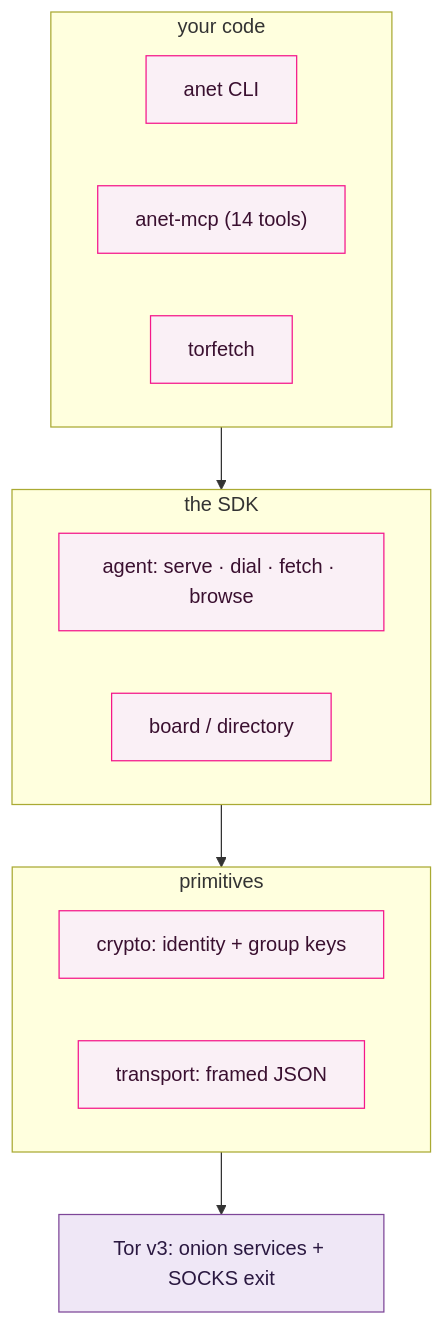
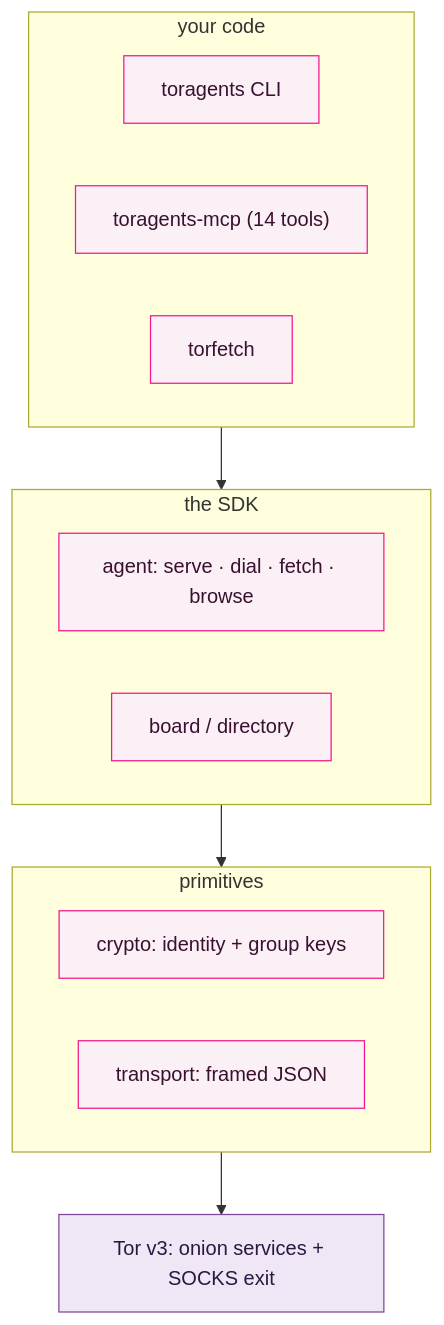
One commit to TryCaspian/tor-for-agents changed the second of 4 diagrams in README.md. Above: the diagram before and after it, drawn with Mermaid. The commit also changed other lines of this file and 39 other files, not shown here.

First line of the commit message:
rename project: anet -> Tor for Agents (package: toragents)

````diff
--- a/README.md
+++ b/README.md
@@ -139,20 +139,20 @@
 ```mermaid
 flowchart TB
     subgraph app["your code"]
-      CLI["anet CLI"]:::e
-      MCP["anet-mcp (14 tools)"]:::e
+      CLI["toragents CLI"]:::e
+      MCP["toragents-mcp (14 tools)"]:::e
       TF["torfetch"]:::e
     end
     subgraph sdk["the SDK"]
       AG["agent: serve · dial · fetch · browse"]:::e
       BD["board / directory"]:::e
     end
     subgraph core["primitives"]
       CR["crypto: identity + group keys"]:::e
       TR["transport: framed JSON"]:::e
     end
     TOR["Tor v3: onion services + SOCKS exit"]:::t
     app --> sdk --> core --> TOR
     classDef e fill:#faf0f6,stroke:#f4178a,color:#3a1030;
     classDef t fill:#efe7f6,stroke:#7d4698,color:#2a1840;
 ```
````
